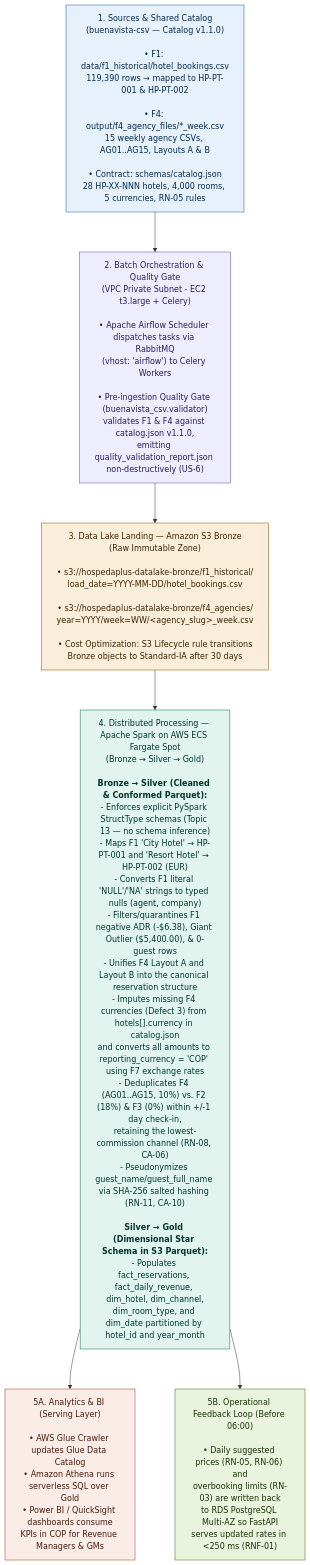
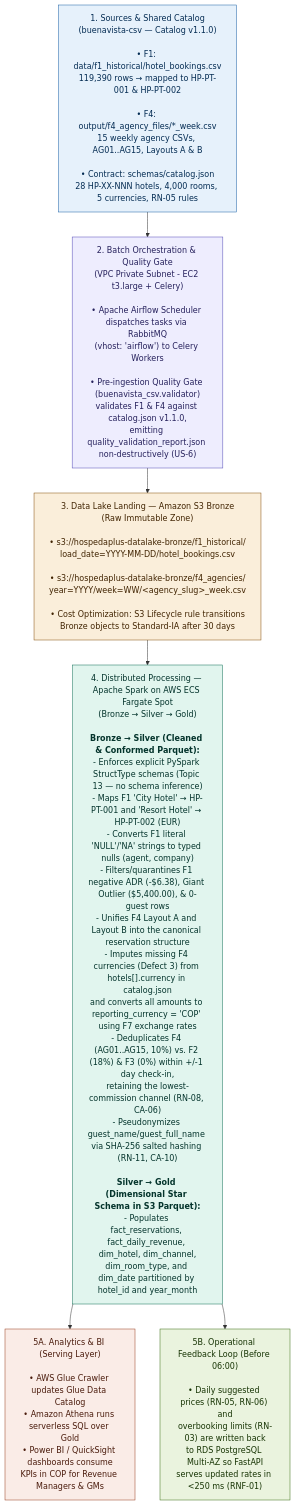
The diagram in docs/data-sources/index.md (HospedaPlus/hospedaplus-csv), drawn with Mermaid before and after one commit. The commit also changed other lines of this file, not shown here.

````diff
--- a/docs/data-sources/index.md
+++ b/docs/data-sources/index.md
@@ -40,33 +40,32 @@
 ```mermaid
-%%{init: {'flowchart': {'nodeSpacing': 80, 'rankSpacing': 80, 'htmlLabels': true}, 'themeVariables': {'fontSize': '16px'}}}%%
 flowchart TD
     A["1. Sources & Shared Catalog<br/>(buenavista-csv — Catalog v1.1.0)<br/><br/>• F1: data/f1_historical/hotel_bookings.csv<br/>119,390 rows → mapped to HP-PT-001 & HP-PT-002<br/><br/>• F4: output/f4_agency_files/*_week.csv<br/>15 weekly agency CSVs, AG01..AG15, Layouts A & B<br/><br/>• Contract: schemas/catalog.json<br/>28 HP-XX-NNN hotels, 4,000 rooms, 5 currencies, RN-05 rules"]
 
     B["2. Batch Orchestration & Quality Gate<br/>(VPC Private Subnet - EC2 t3.large + Celery)<br/><br/>• Apache Airflow Scheduler dispatches tasks via RabbitMQ<br/>(vhost: 'airflow') to Celery Workers<br/><br/>• Pre-ingestion Quality Gate (buenavista_csv.validator)<br/>validates F1 & F4 against catalog.json v1.1.0,<br/>emitting quality_validation_report.json non-destructively (US-6)"]
 
     C["3. Data Lake Landing — Amazon S3 Bronze<br/>(Raw Immutable Zone)<br/><br/>• s3://hospedaplus-datalake-bronze/f1_historical/<br/>load_date=YYYY-MM-DD/hotel_bookings.csv<br/><br/>• s3://hospedaplus-datalake-bronze/f4_agencies/<br/>year=YYYY/week=WW/&lt;agency_slug&gt;_week.csv<br/><br/>• Cost Optimization: S3 Lifecycle rule transitions<br/>Bronze objects to Standard-IA after 30 days"]
 
     D["4. Distributed Processing — Apache Spark on AWS ECS Fargate Spot<br/>(Bronze → Silver → Gold)<br/><br/><b>Bronze → Silver (Cleaned & Conformed Parquet):</b><br/>- Enforces explicit PySpark StructType schemas (Topic 13 — no schema inference)<br/>- Maps F1 'City Hotel' → HP-PT-001 and 'Resort Hotel' → HP-PT-002 (EUR)<br/>- Converts F1 literal 'NULL'/'NA' strings to typed nulls (agent, company)<br/>- Filters/quarantines F1 negative ADR (-$6.38), Giant Outlier ($5,400.00), & 0-guest rows<br/>- Unifies F4 Layout A and Layout B into the canonical reservation structure<br/>- Imputes missing F4 currencies (Defect 3) from hotels[].currency in catalog.json<br/>and converts all amounts to reporting_currency = 'COP' using F7 exchange rates<br/>- Deduplicates F4 (AG01..AG15, 10%) vs. F2 (18%) & F3 (0%) within +/-1 day check-in,<br/>retaining the lowest-commission channel (RN-08, CA-06)<br/>- Pseudonymizes guest_name/guest_full_name via SHA-256 salted hashing (RN-11, CA-10)<br/><br/><b>Silver → Gold (Dimensional Star Schema in S3 Parquet):</b><br/>- Populates fact_reservations, fact_daily_revenue, dim_hotel, dim_channel,<br/>dim_room_type, and dim_date partitioned by hotel_id and year_month"]
 
     E["5A. Analytics & BI (Serving Layer)<br/><br/>• AWS Glue Crawler updates Glue Data Catalog<br/>• Amazon Athena runs serverless SQL over Gold<br/>• Power BI / QuickSight dashboards consume<br/>KPIs in COP for Revenue Managers & GMs"]
 
     F["5B. Operational Feedback Loop (Before 06:00)<br/><br/>• Daily suggested prices (RN-05, RN-06) and<br/>overbooking limits (RN-03) are written back<br/>to RDS PostgreSQL Multi-AZ so FastAPI<br/>serves updated rates in &lt;250 ms (RNF-01)"]
 
     A --> B --> C --> D
     D --> E
     D --> F
 
     classDef sources fill:#E6F1FB,stroke:#185FA5,color:#042C53
     classDef batch fill:#EEEDFE,stroke:#534AB7,color:#26215C
     classDef lake fill:#FAEEDA,stroke:#854F0B,color:#412402
     classDef spark fill:#E1F5EE,stroke:#0F6E56,color:#04342C
     classDef serving fill:#FAECE7,stroke:#993C1D,color:#4A1B0C
     classDef feedback fill:#EAF3DE,stroke:#3B6D11,color:#173404
 
     class A sources
     class B batch
     class C lake
     class D spark
     class E serving
     class F feedback
 ```
````
